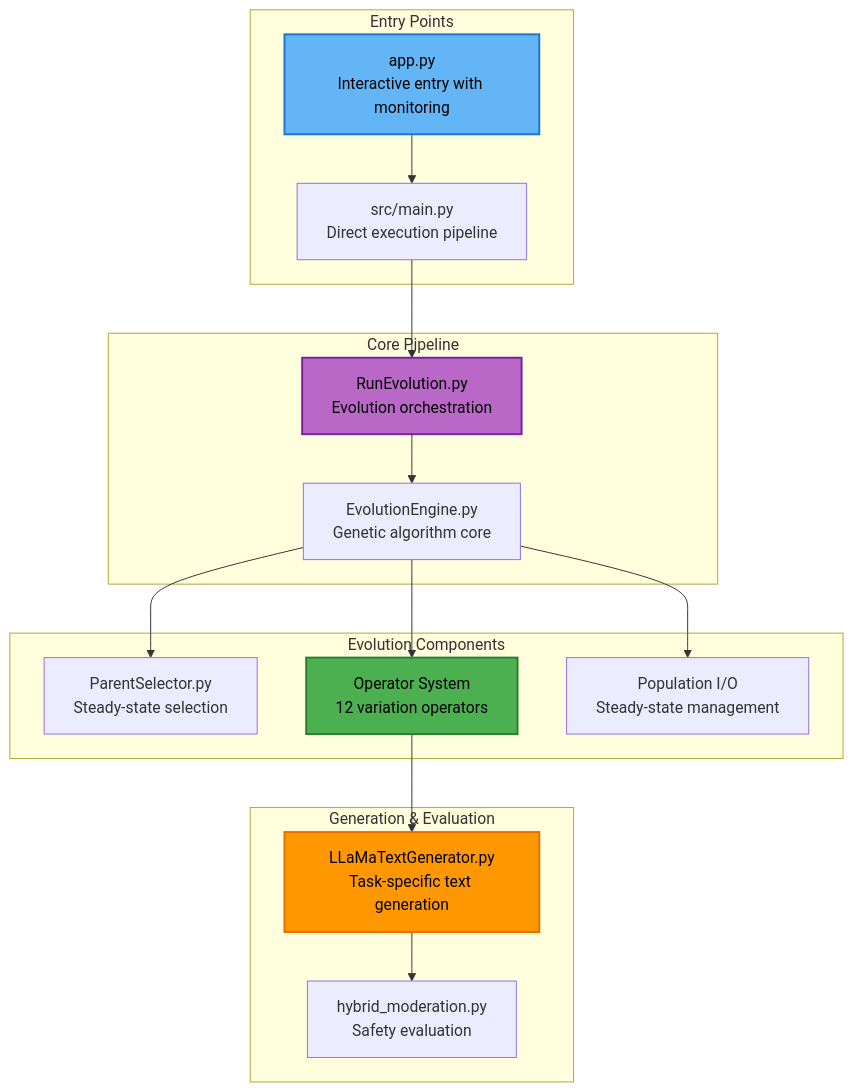
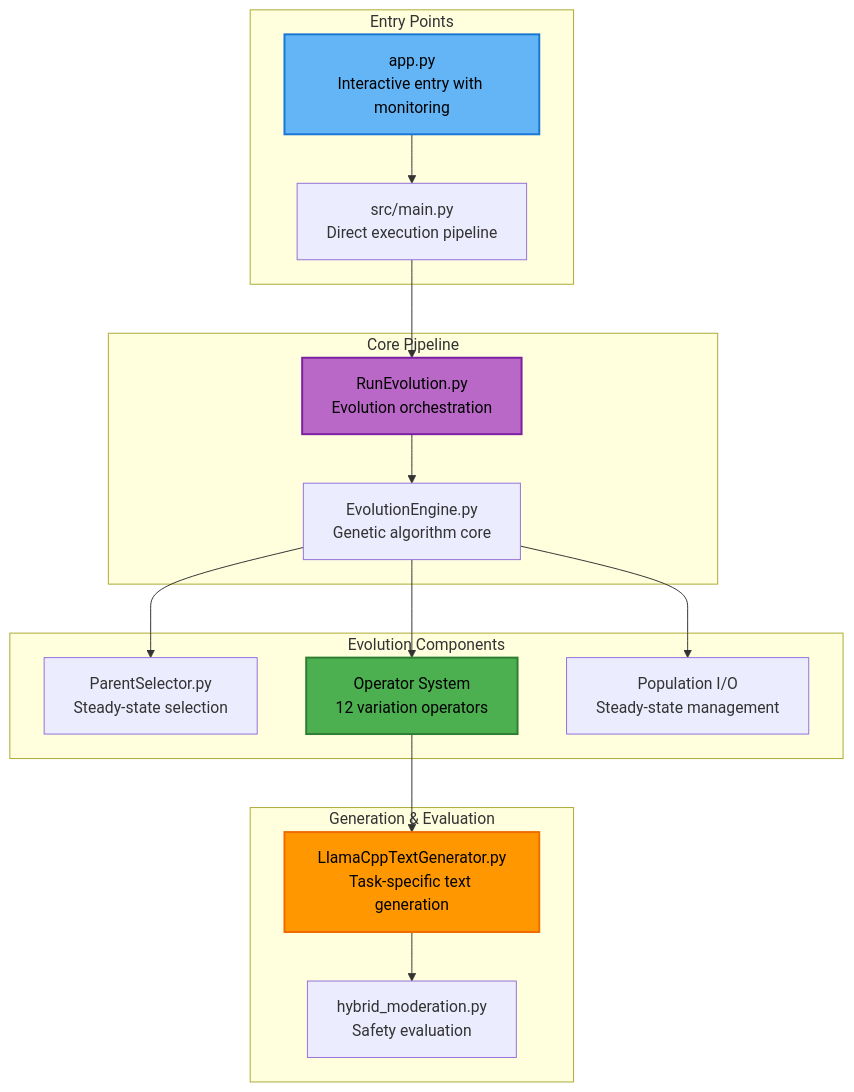
One commit to Onkar2102/ToxSearch changed the second of 4 diagrams in README.md. Above: the diagram before and after it, drawn with Mermaid. The commit also changed other lines of this file and 46 other files, not shown here.

````diff
--- a/README.md
+++ b/README.md
@@ -85,37 +85,37 @@
 ```mermaid
 graph TB
   subgraph "Entry Points"
     A1[app.py<br/>Interactive entry with monitoring]
     A2[src/main.py<br/>Direct execution pipeline]
   end
   
   subgraph "Core Pipeline"
     B1[RunEvolution.py<br/>Evolution orchestration]
     B2[EvolutionEngine.py<br/>Genetic algorithm core]
   end
   
   subgraph "Evolution Components"
     C1[ParentSelector.py<br/>Steady-state selection]
     C2[Operator System<br/>12 variation operators]
     C3[Population I/O<br/>Steady-state management]
   end
   
   subgraph "Generation & Evaluation"
-    D1[LLaMaTextGenerator.py<br/>Task-specific text generation]
+    D1[LlamaCppTextGenerator.py<br/>Task-specific text generation]
     D2[hybrid_moderation.py<br/>Safety evaluation]
   end
   
   A1 --> A2
   A2 --> B1
   B1 --> B2
   B2 --> C1
   B2 --> C2
   B2 --> C3
   C2 --> D1
   D1 --> D2
   
   style A1 fill:#64b5f6,stroke:#1976d2,stroke-width:2px,color:#000
   style B1 fill:#ba68c8,stroke:#7b1fa2,stroke-width:2px,color:#000
   style C2 fill:#4caf50,stroke:#2e7d32,stroke-width:2px,color:#000
   style D1 fill:#ff9800,stroke:#ef6c00,stroke-width:2px,color:#000
 ```
````
